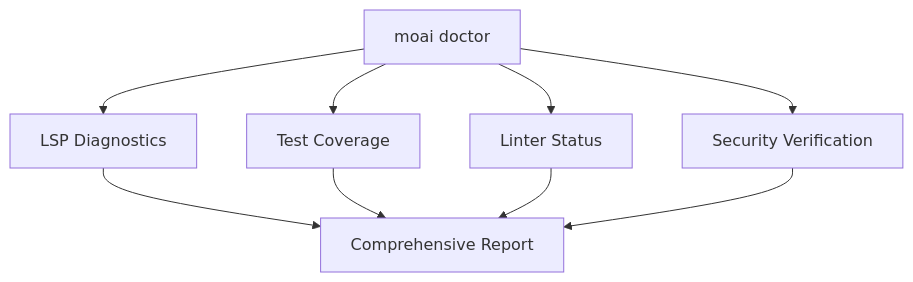
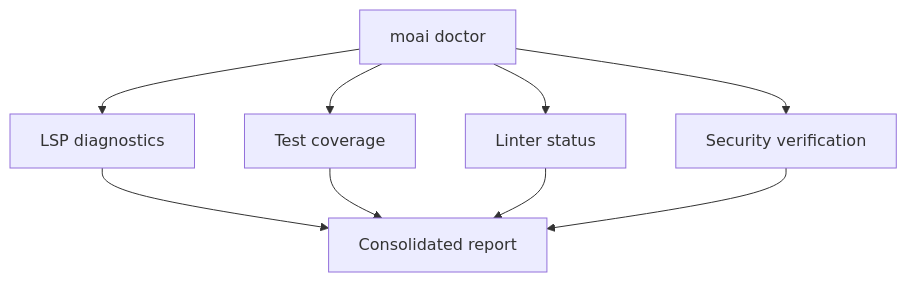
The ninth of 9 diagrams in docs-site/content/en/getting-started/quickstart.md (modu-ai/moai-adk), drawn with Mermaid before and after one commit. The commit also changed other lines of this file and 395 other files, not shown here.

````diff
--- a/docs-site/content/en/getting-started/quickstart.md
+++ b/docs-site/content/en/getting-started/quickstart.md
@@ -401,12 +399,12 @@
 ```mermaid
 graph TD
-    A["moai doctor"] --> B["LSP Diagnostics"]
-    A --> C["Test Coverage"]
-    A --> D["Linter Status"]
-    A --> E["Security Verification"]
+    A["moai doctor"] --> B["LSP diagnostics"]
+    A --> C["Test coverage"]
+    A --> D["Linter status"]
+    A --> E["Security verification"]
 
-    B --> F["Comprehensive Report"]
+    B --> F["Consolidated report"]
     C --> F
     D --> F
     E --> F
 ```
````
